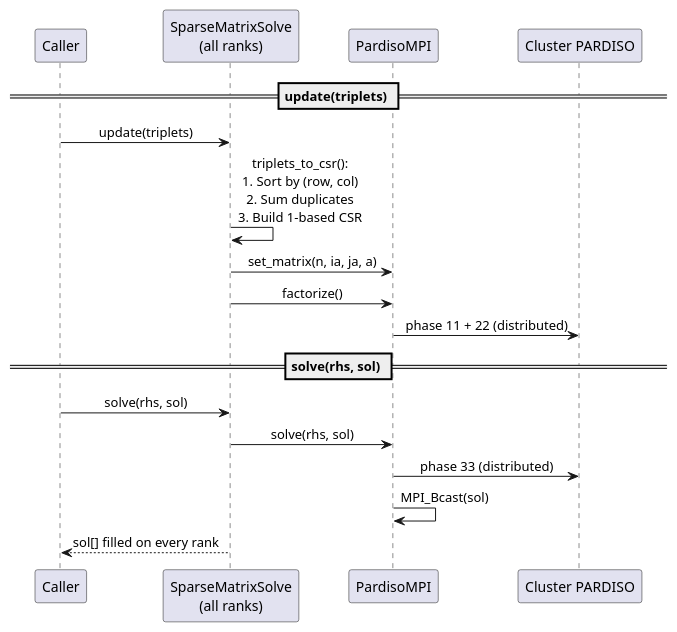
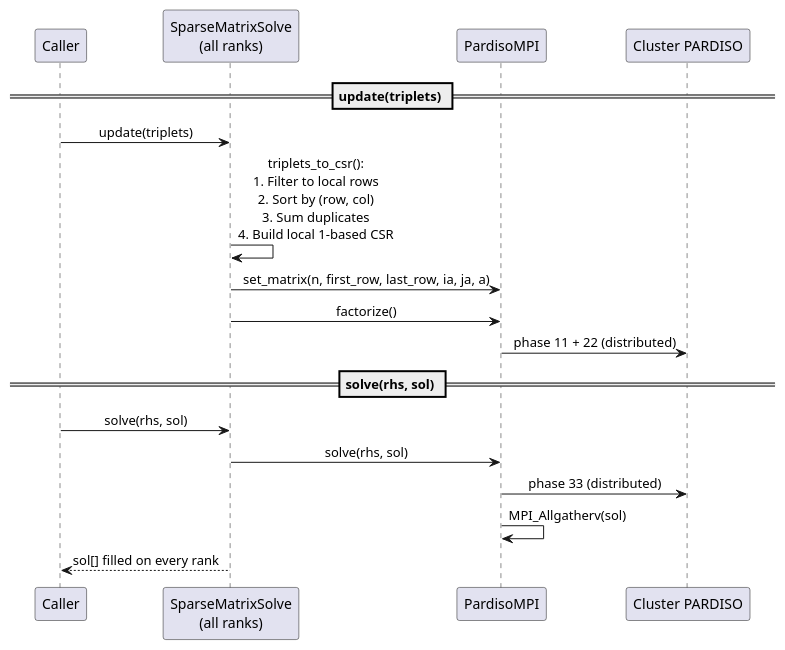
One commit to kyungminlee/pardiso-mpi changed the second of 2 diagrams in DEVELOPER.md. Above: the diagram before and after it, drawn with PlantUML. The commit also changed other lines of this file and 6 other files, not shown here.

````diff
--- a/DEVELOPER.md
+++ b/DEVELOPER.md
@@ -175,31 +180,31 @@
 ```plantuml
 @startuml sparse_matrix_solve_sequence
 skinparam sequenceMessageAlign center
 skinparam participantPadding 20
 
 participant "Caller"              as C
 participant "SparseMatrixSolve\n(all ranks)" as S
 participant "PardisoMPI"          as PM
 participant "Cluster PARDISO"     as P
 
 == update(triplets) ==
 
 C -> S : update(triplets)
 
-S -> S : triplets_to_csr():\n1. Sort by (row, col)\n2. Sum duplicates\n3. Build 1-based CSR
+S -> S : triplets_to_csr():\n1. Filter to local rows\n2. Sort by (row, col)\n3. Sum duplicates\n4. Build local 1-based CSR
 
-S -> PM : set_matrix(n, ia, ja, a)
+S -> PM : set_matrix(n, first_row, last_row, ia, ja, a)
 S -> PM : factorize()
 PM -> P : phase 11 + 22 (distributed)
 
 == solve(rhs, sol) ==
 
 C -> S : solve(rhs, sol)
 S -> PM : solve(rhs, sol)
 PM -> P : phase 33 (distributed)
-PM -> PM : MPI_Bcast(sol)
+PM -> PM : MPI_Allgatherv(sol)
 
 S --> C : sol[] filled on every rank
 
 @enduml
 ```
````
